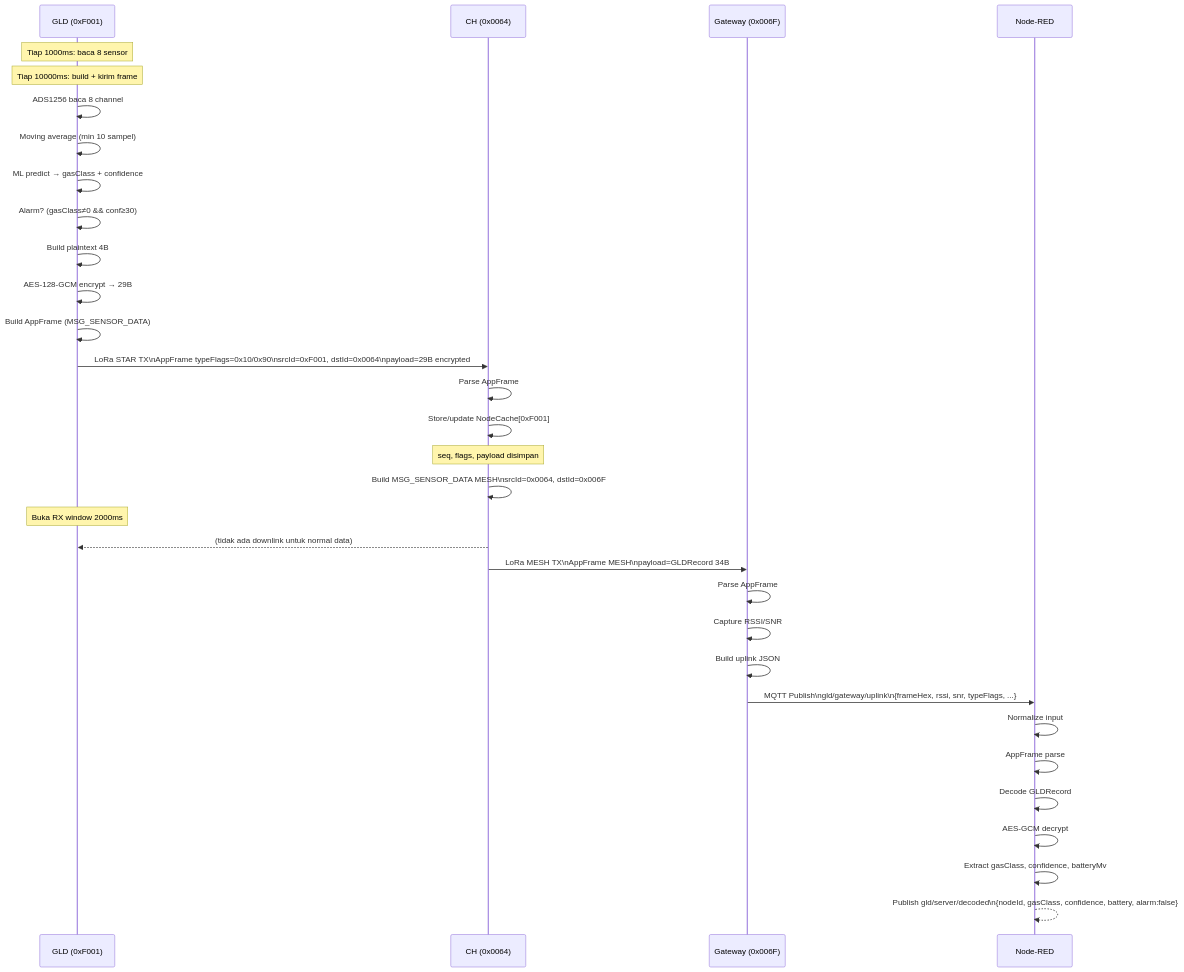
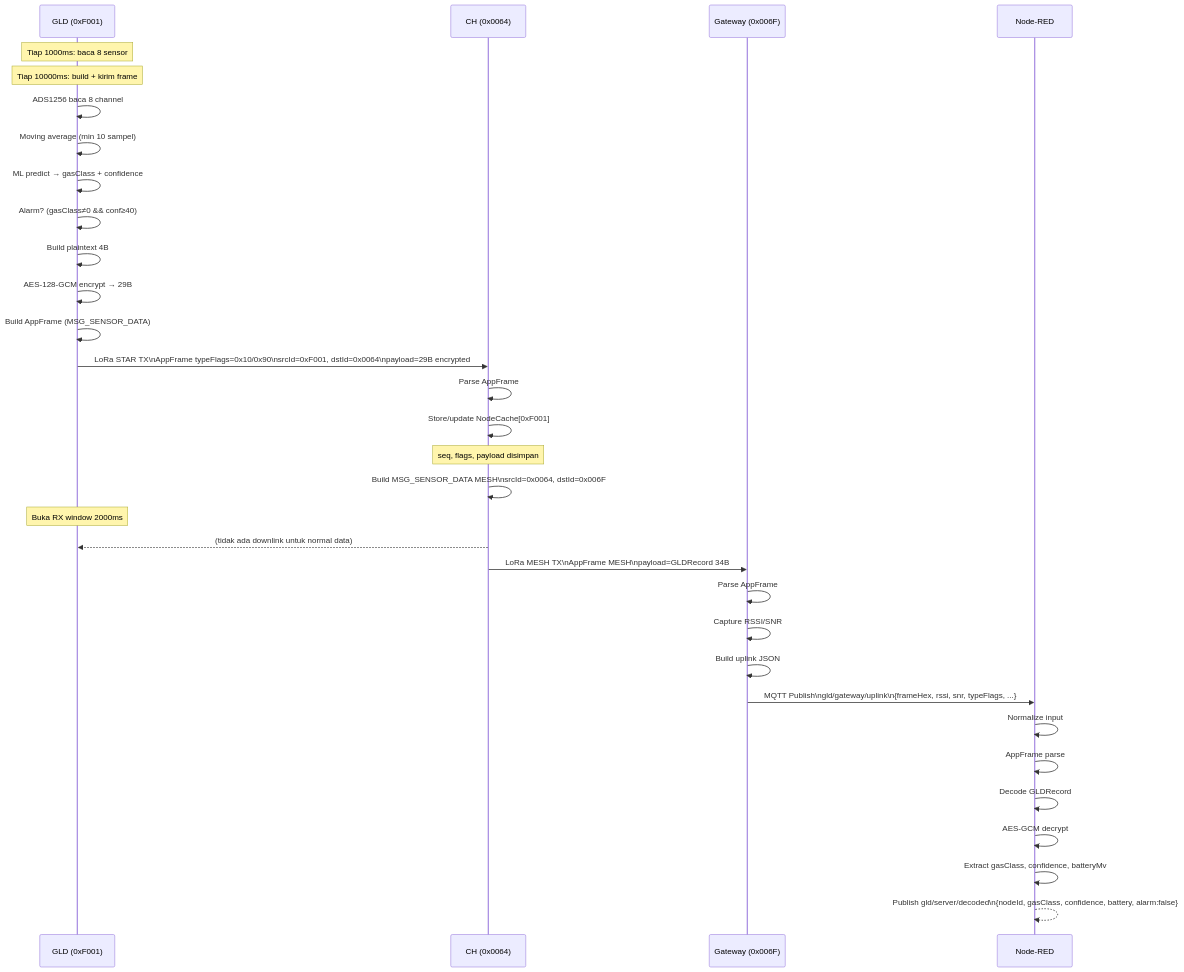
The seventh of 24 diagrams in Pertamina_GLD_Visual_End_to_End.md (fadlurrahmanf/PertaminaGLD), drawn with Mermaid before and after one commit. The commit also changed other lines of this file and 20 other files, not shown here.

````diff
--- a/Pertamina_GLD_Visual_End_to_End.md
+++ b/Pertamina_GLD_Visual_End_to_End.md
@@ -472,45 +482,45 @@
 ```mermaid
 sequenceDiagram
     participant GLD as GLD (0xF001)
     participant CH as CH (0x0064)
     participant GW as Gateway (0x006F)
     participant NR as Node-RED
 
     Note over GLD: Tiap 1000ms: baca 8 sensor
     Note over GLD: Tiap 10000ms: build + kirim frame
 
     GLD->>GLD: ADS1256 baca 8 channel
     GLD->>GLD: Moving average (min 10 sampel)
     GLD->>GLD: ML predict → gasClass + confidence
-    GLD->>GLD: Alarm? (gasClass≠0 && conf≥30)
+    GLD->>GLD: Alarm? (gasClass≠0 && conf≥40)
     GLD->>GLD: Build plaintext 4B
     GLD->>GLD: AES-128-GCM encrypt → 29B
     GLD->>GLD: Build AppFrame (MSG_SENSOR_DATA)
 
     GLD->>CH: LoRa STAR TX\nAppFrame typeFlags=0x10/0x90\nsrcId=0xF001, dstId=0x0064\npayload=29B encrypted
 
     CH->>CH: Parse AppFrame
     CH->>CH: Store/update NodeCache[0xF001]
     Note over CH: seq, flags, payload disimpan
 
     CH->>CH: Build MSG_SENSOR_DATA MESH\nsrcId=0x0064, dstId=0x006F
 
     Note over GLD: Buka RX window 2000ms
     CH-->>GLD: (tidak ada downlink untuk normal data)
 
     CH->>GW: LoRa MESH TX\nAppFrame MESH\npayload=GLDRecord 34B
 
     GW->>GW: Parse AppFrame
     GW->>GW: Capture RSSI/SNR
     GW->>GW: Build uplink JSON
 
     GW->>NR: MQTT Publish\ngld/gateway/uplink\n{frameHex, rssi, snr, typeFlags, ...}
 
     NR->>NR: Normalize input
     NR->>NR: AppFrame parse
     NR->>NR: Decode GLDRecord
     NR->>NR: AES-GCM decrypt
     NR->>NR: Extract gasClass, confidence, batteryMv
 
     NR-->>NR: Publish gld/server/decoded\n{nodeId, gasClass, confidence, battery, alarm:false}
 ```
````
